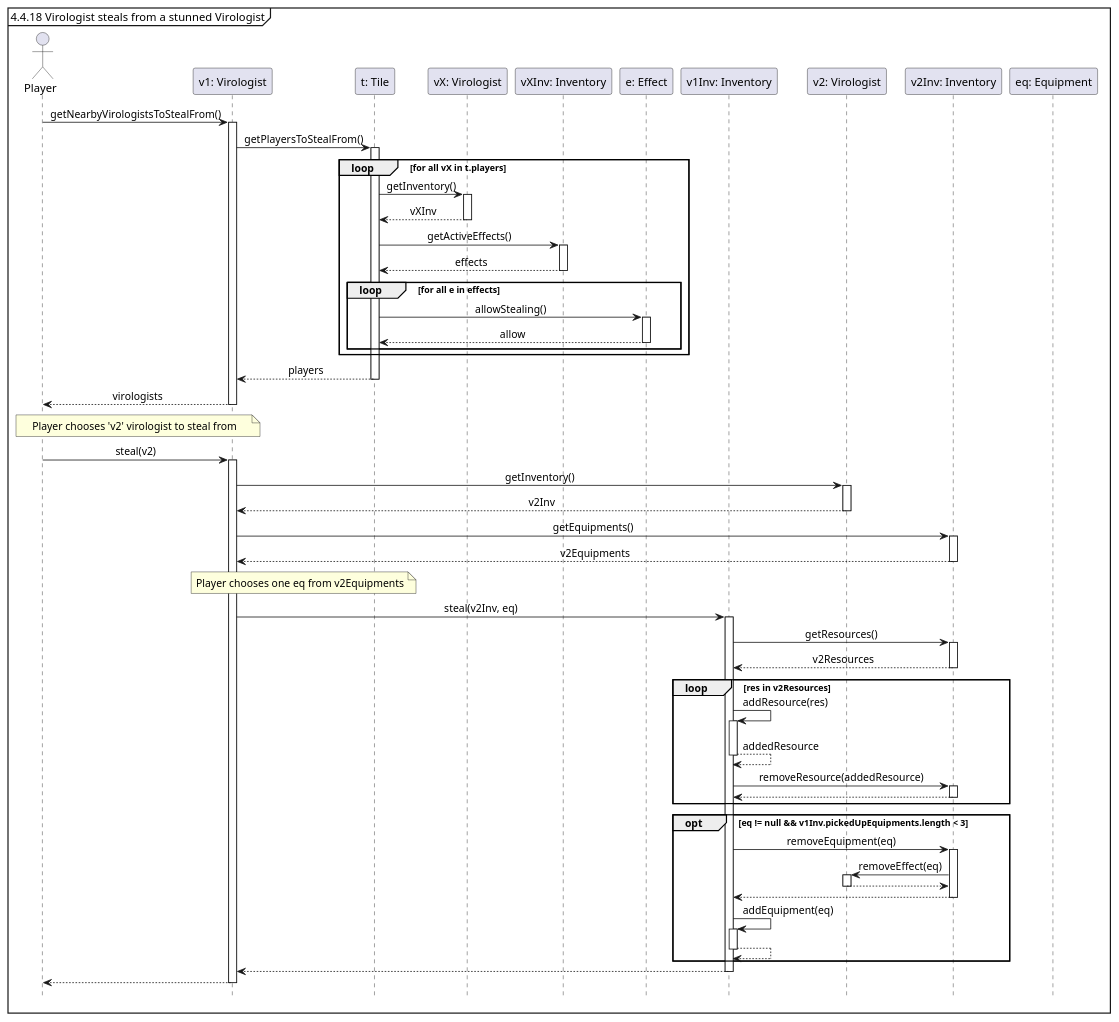
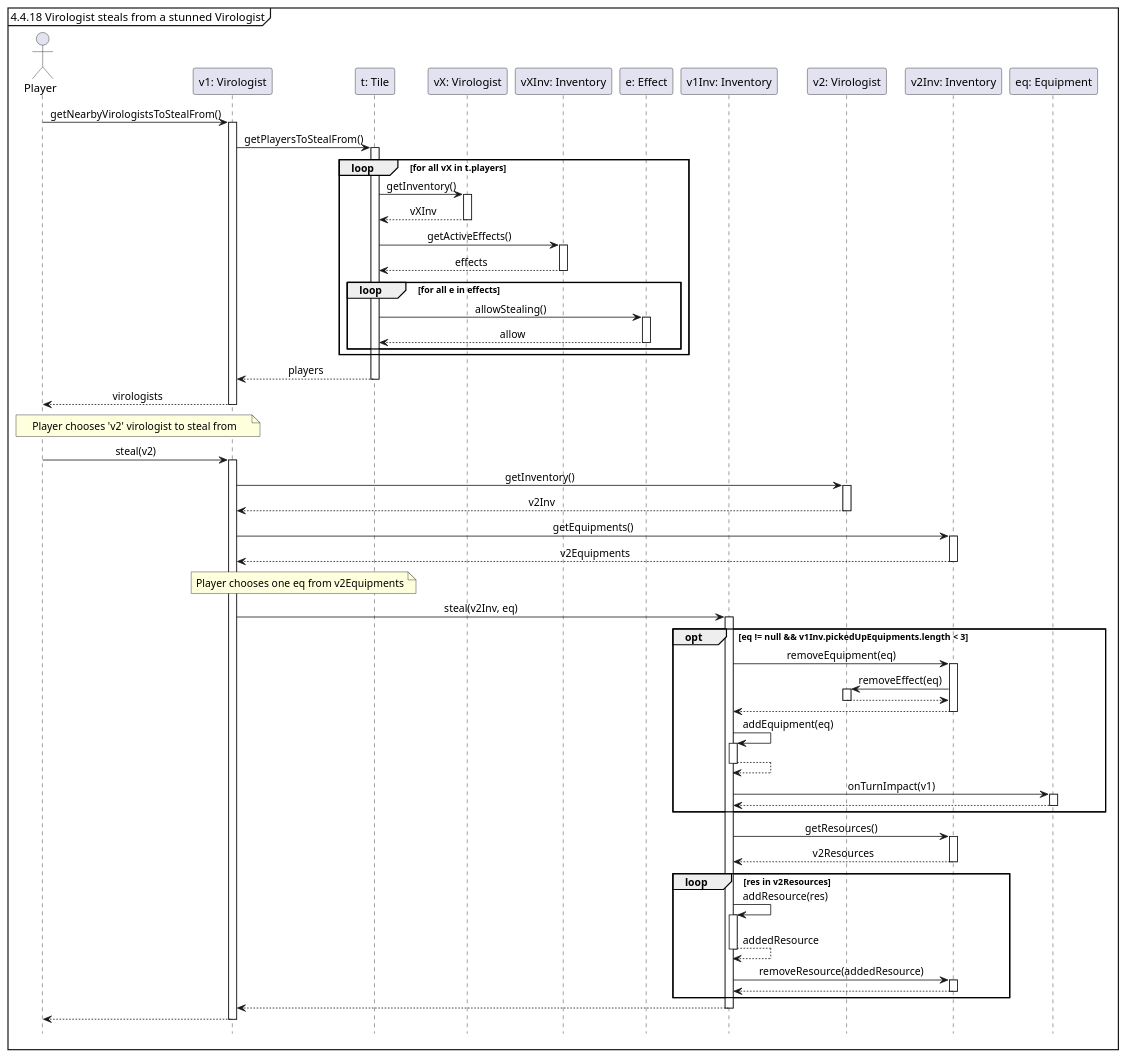
One commit to Tschonti/503-service-unavailable changed the diagram in docs/seqDiagrams/13stealFromPlayer.puml. Above: the diagram before and after it, drawn with PlantUML. The commit also changed 14 other files, not shown here.

```diff
--- a/docs/seqDiagrams/13stealFromPlayer.puml
+++ b/docs/seqDiagrams/13stealFromPlayer.puml
@@ -1,66 +1,69 @@
 @startuml
 'https://plantuml.com/sequence-diagram
 
 hide footbox
 skinparam sequenceMessageAlign center
 
 mainframe 4.4.18 Virologist steals from a stunned Virologist
 
 actor Player as p
 participant "v1: Virologist" as v1
 participant "t: Tile" as t
 participant "vX: Virologist" as vX
 participant "vXInv: Inventory" as vXInv
 participant "e: Effect" as e
 participant "v1Inv: Inventory" as v1Inv
 participant "v2: Virologist" as v2
 participant "v2Inv: Inventory" as v2Inv
 participant "eq: Equipment" as eq
 
 p -> v1 ++ : getNearbyVirologistsToStealFrom()
     v1-> t ++ : getPlayersToStealFrom()
     loop for all vX in t.players
         t -> vX ++ : getInventory()
         return vXInv
         t -> vXInv ++ : getActiveEffects()
         return effects
         loop for all e in effects
             t -> e ++ : allowStealing()
             return allow
         end
     end
     return players
 return virologists
 
 note over p, v1 : Player chooses 'v2' virologist to steal from
 
 p -> v1 ++ : steal(v2)
     v1 -> v2 ++ : getInventory()
     return v2Inv
 
     v1 -> v2Inv ++ : getEquipments()
     return v2Equipments
     note over v1, t: Player chooses one eq from v2Equipments
 
     v1 -> v1Inv ++ : steal(v2Inv, eq)
+        opt eq != null && v1Inv.pickedUpEquipments.length < 3
+            v1Inv -> v2Inv ++ : removeEquipment(eq)
+                v2Inv -> v2 ++ : removeEffect(eq)
+                return
+            return
+            v1Inv -> v1Inv ++ : addEquipment(eq)
+            return
+            v1Inv -> eq ++ : onTurnImpact(v1)
+            return
+        end
+
         v1Inv -> v2Inv ++ : getResources()
         return v2Resources
 
         loop res in v2Resources
             v1Inv -> v1Inv ++ : addResource(res)
             return addedResource
             v1Inv -> v2Inv ++ : removeResource(addedResource)
             return
         end
-        opt eq != null && v1Inv.pickedUpEquipments.length < 3
-            v1Inv -> v2Inv ++ : removeEquipment(eq)
-                v2Inv -> v2 ++ : removeEffect(eq)
-                return
-            return
-            v1Inv -> v1Inv ++ : addEquipment(eq)
-            return
-        end
     return
 return
 
 @enduml
```
